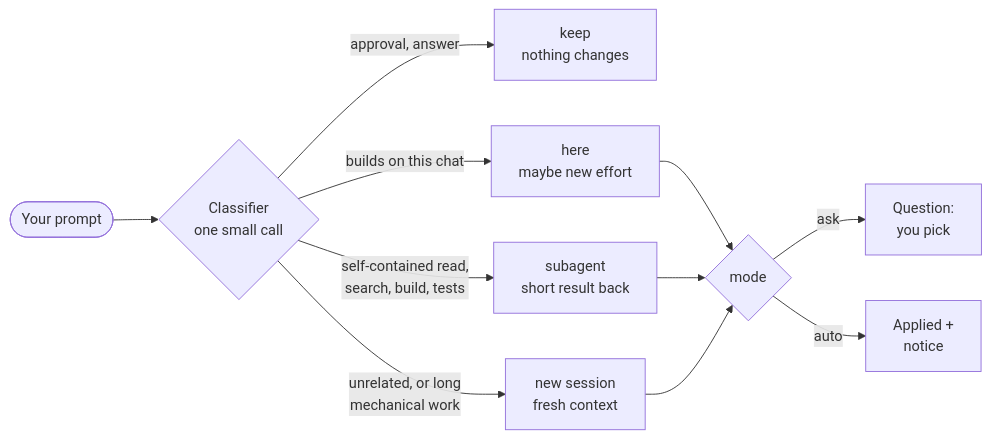
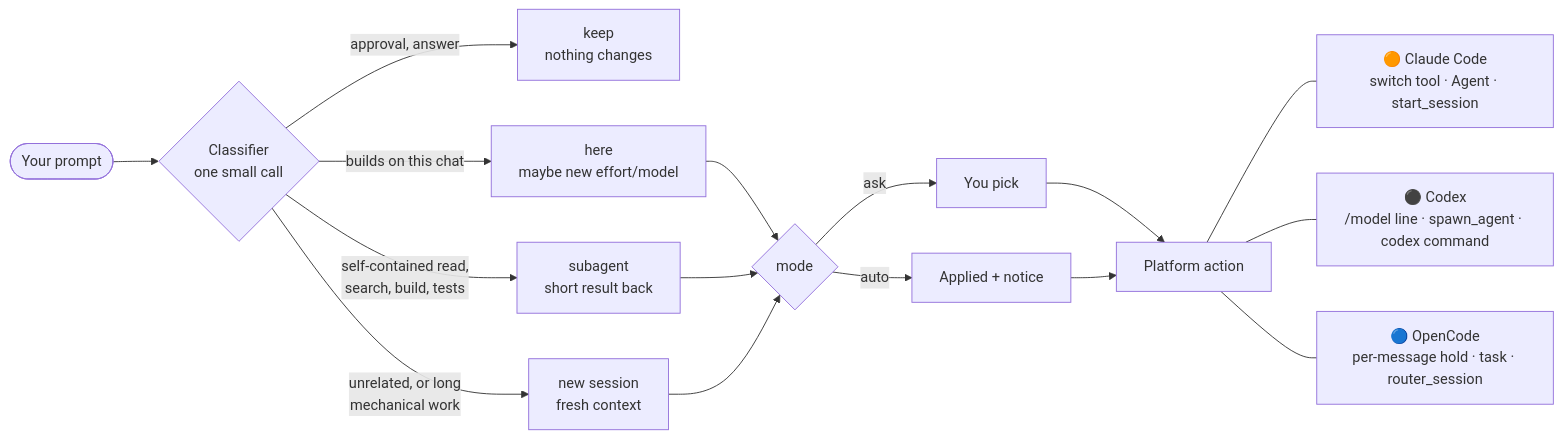
The diagram in README.md (Viktorooos/claude-prompt-router), drawn with Mermaid before and after one commit. The commit also changed other lines of this file, not shown here.

Commit message:
README: clearer layout for Claude Code, Codex and OpenCode

````diff
--- a/README.md
+++ b/README.md
@@ -105,13 +49,18 @@
 ```mermaid
 flowchart LR
     P([Your prompt]) --> C{Classifier<br/>one small call}
     C -->|approval, answer| K[keep<br/>nothing changes]
-    C -->|builds on this chat| H[here<br/>maybe new effort]
+    C -->|builds on this chat| H[here<br/>maybe new effort/model]
     C -->|self-contained read,<br/>search, build, tests| S[subagent<br/>short result back]
     C -->|unrelated, or long<br/>mechanical work| N[new session<br/>fresh context]
-    H --> D{mode}
-    S --> D
-    N --> D
-    D -->|ask| Q[Question:<br/>you pick]
-    D -->|auto| A[Applied +<br/>notice]
+    H --> M{mode}
+    S --> M
+    N --> M
+    M -->|ask| Q[You pick]
+    M -->|auto| A[Applied + notice]
+    Q --> X[Platform action]
+    A --> X
+    X --- CC["🟠 Claude Code<br/>switch tool · Agent · start_session"]
+    X --- CX["⚫ Codex<br/>/model line · spawn_agent · codex command"]
+    X --- OC["🔵 OpenCode<br/>per-message hold · task · router_session"]
 ```
````
